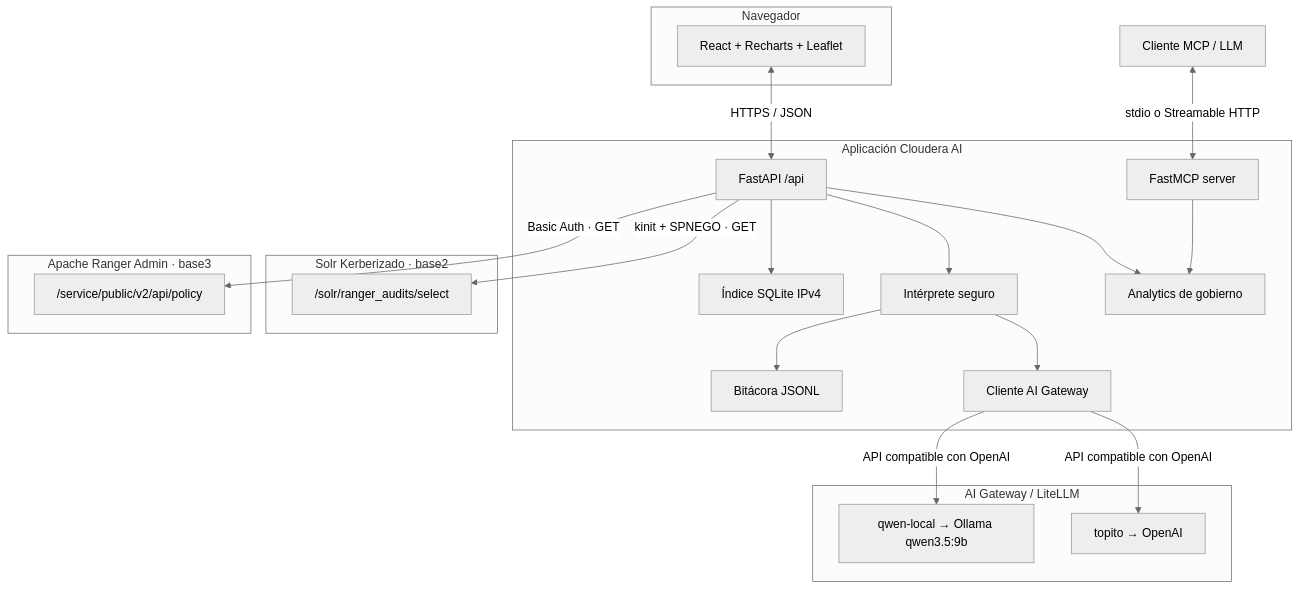
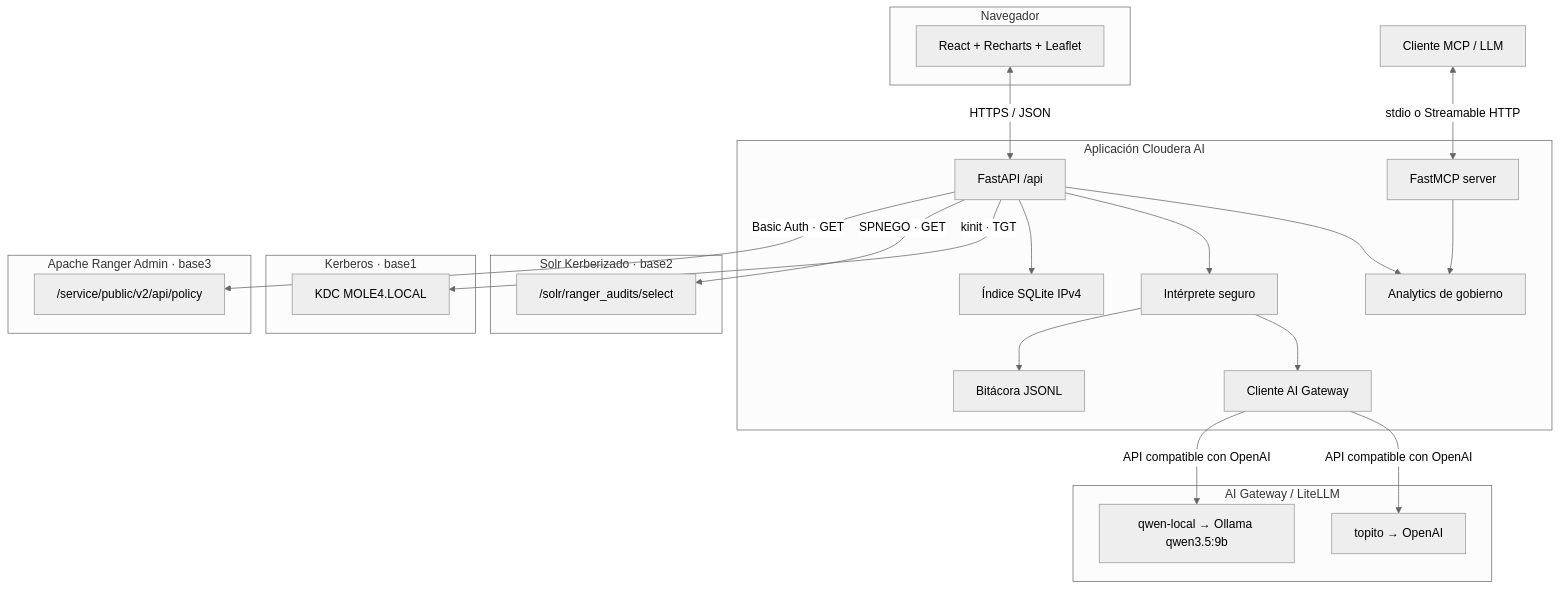
The second of 2 diagrams in README.md (smerchanmole/amp-ranger-dashboard), drawn with Mermaid (neutral theme) before and after one commit. The commit also changed other lines of this file, not shown here.

Commit message:
docs: document validated Kerberos Solr integration

````diff
--- a/README.md
+++ b/README.md
@@ -104,42 +107,47 @@
 ```mermaid
 flowchart TB
     subgraph Browser["Navegador"]
         UI["React + Recharts + Leaflet"]
     end
 
     subgraph App["Aplicación Cloudera AI"]
         API["FastAPI /api"]
         GOV["Analytics de gobierno"]
         CHAT["Intérprete seguro"]
         GATEWAY["Cliente AI Gateway"]
         GEO["Índice SQLite IPv4"]
         AUDIT["Bitácora JSONL"]
         MCPS["FastMCP server"]
         API --> GOV
         API --> CHAT
         CHAT --> GATEWAY
         API --> GEO
         CHAT --> AUDIT
         MCPS --> GOV
     end
 
     subgraph Solr["Solr Kerberizado · base2"]
         XA["/solr/ranger_audits/select"]
     end
 
+    subgraph Kerberos["Kerberos · base1"]
+        KDC["KDC MOLE4.LOCAL"]
+    end
+
     subgraph Ranger["Apache Ranger Admin · base3"]
         PO["/service/public/v2/api/policy"]
     end
 
     subgraph AI["AI Gateway / LiteLLM"]
         TOPITO["topito → OpenAI"]
         QWEN["qwen-local → Ollama qwen3.5:9b"]
     end
 
     UI <-->|"HTTPS / JSON"| API
-    API -->|"kinit + SPNEGO · GET"| XA
+    API -->|"kinit · TGT"| KDC
+    API -->|"SPNEGO · GET"| XA
     API -->|"Basic Auth · GET"| PO
     GATEWAY -->|"API compatible con OpenAI"| TOPITO
     GATEWAY -->|"API compatible con OpenAI"| QWEN
     AGENT["Cliente MCP / LLM"] <-->|"stdio o Streamable HTTP"| MCPS
 ```
````
